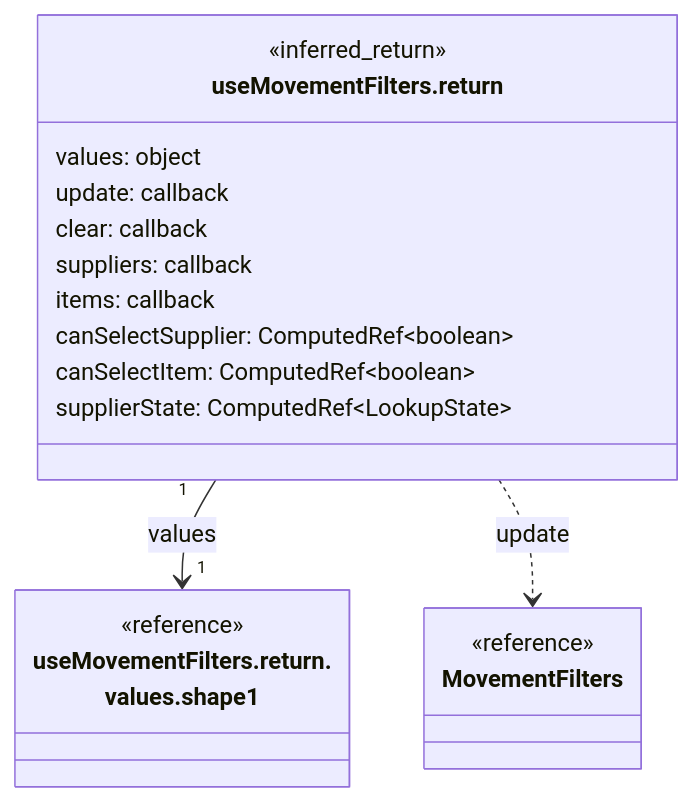
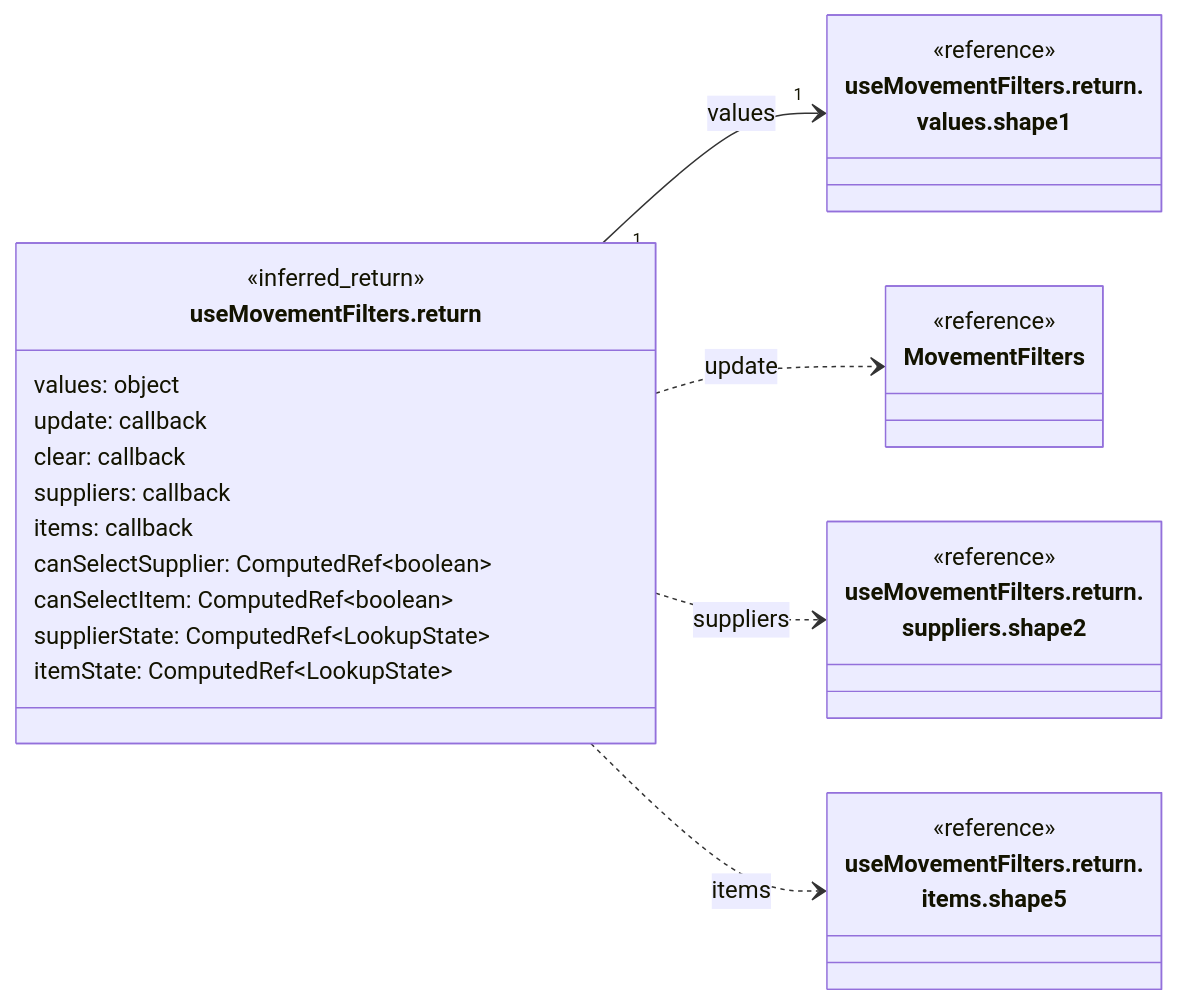
Before and after one commit to gpgsistemas01/nexus: diagram 11 of 27 in front/docs/architecture/views/logical/type-reference/movements.md, drawn with Mermaid. The commit also changed other lines of this file and 37 other files, not shown here.

Commit message:
docs: depurar diagramas y conservar contratos propios del frontend

````diff
--- a/front/docs/architecture/views/logical/type-reference/movements.md
+++ b/front/docs/architecture/views/logical/type-reference/movements.md
@@ -413,23 +365,32 @@
 ```mermaid
 classDiagram
-    direction TB
+    direction LR
     class Subject["useMovementFilters.return"] {
         <<inferred_return>>
         values: object
         update: callback
         clear: callback
         suppliers: callback
         items: callback
         canSelectSupplier: ComputedRef~boolean~
         canSelectItem: ComputedRef~boolean~
         supplierState: ComputedRef~LookupState~
+        itemState: ComputedRef~LookupState~
     }
     class R0["useMovementFilters.return.<br/>values.shape1"] {
         <<reference>>
     }
     class R1["MovementFilters"] {
         <<reference>>
     }
+    class R2["useMovementFilters.return.<br/>suppliers.shape2"] {
+        <<reference>>
+    }
+    class R3["useMovementFilters.return.<br/>items.shape5"] {
+        <<reference>>
+    }
     Subject "1" --> "1" R0 : values
     Subject ..> R1 : update
+    Subject ..> R2 : suppliers
+    Subject ..> R3 : items
 ```
````
